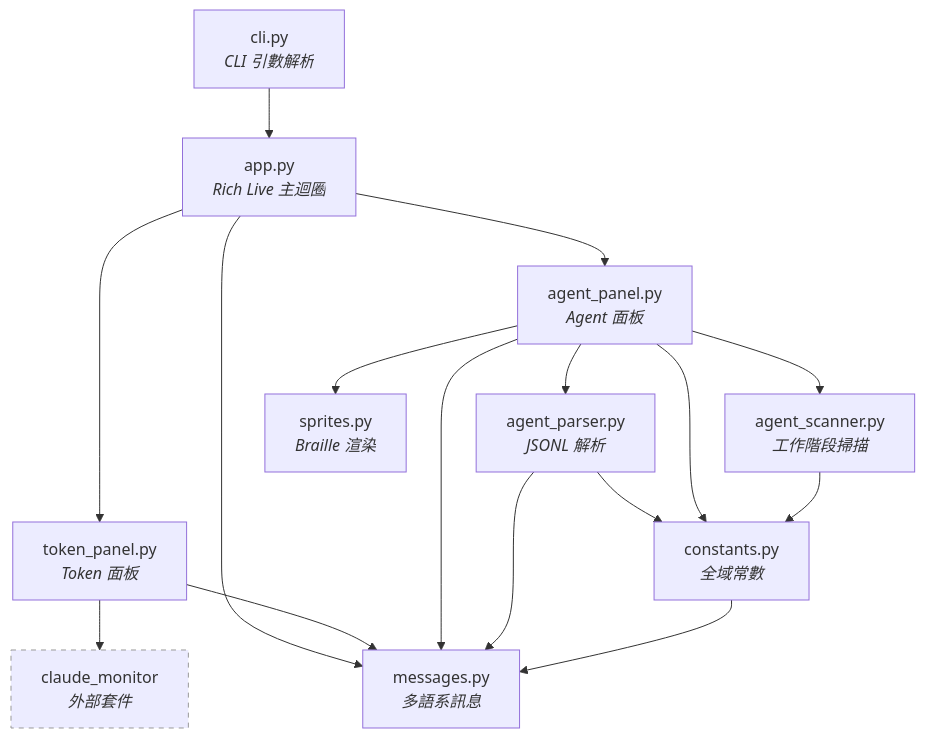
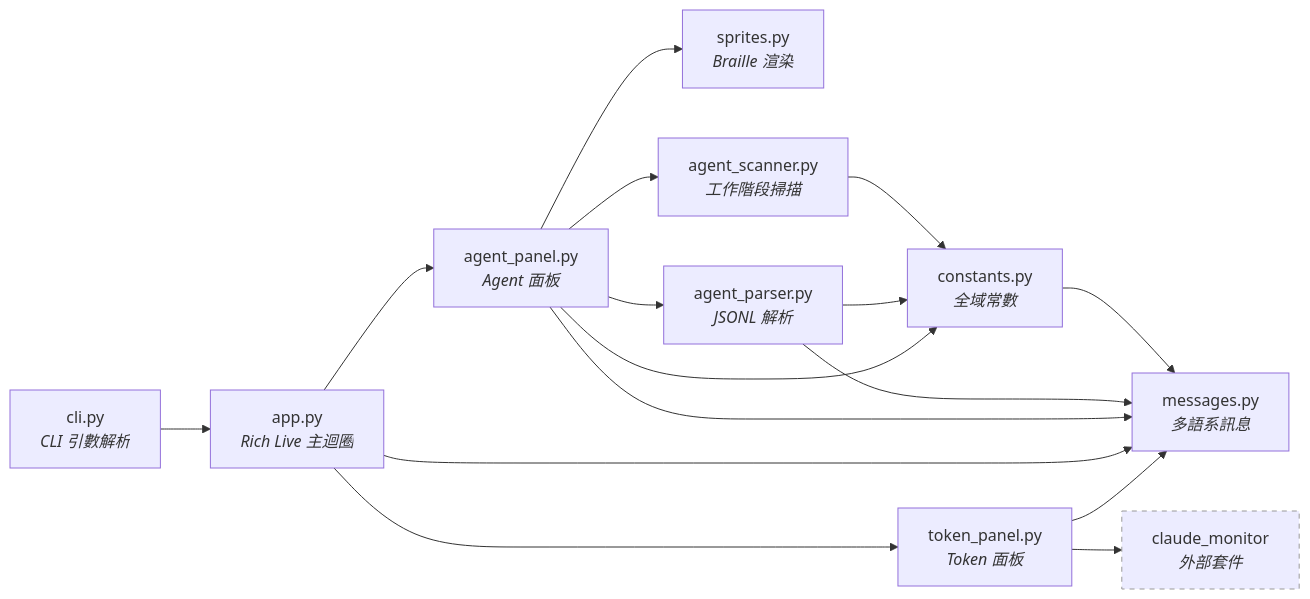
One commit to linziyou0601/claude-dashboard changed the first of 2 diagrams in README.md. Above: the diagram before and after it, drawn with Mermaid. The commit also changed other lines of this file and 5 other files, not shown here.

````diff
--- a/README.md
+++ b/README.md
@@ -54,20 +54,20 @@
 ```mermaid
-graph TD
+graph LR
     CLI["cli.py<br/><i>CLI 引數解析</i>"] --> APP["app.py<br/><i>Rich Live 主迴圈</i>"]
+    APP --> AP["agent_panel.py<br/><i>Agent 面板</i>"]
     APP --> TP["token_panel.py<br/><i>Token 面板</i>"]
-    APP --> AP["agent_panel.py<br/><i>Agent 面板</i>"]
+    AP --> SPRITE["sprites.py<br/><i>Braille 渲染</i>"]
+    AP --> SCAN["agent_scanner.py<br/><i>工作階段掃描</i>"]
+    AP --> PARSE["agent_parser.py<br/><i>JSONL 解析</i>"]
+    SCAN --> CONST["constants.py<br/><i>全域常數</i>"]
+    PARSE --> CONST
+    AP --> CONST
     TP --> CCM["claude_monitor<br/><i>外部套件</i>"]
-    AP --> PARSE["agent_parser.py<br/><i>JSONL 解析</i>"]
-    AP --> SCAN["agent_scanner.py<br/><i>工作階段掃描</i>"]
-    AP --> SPRITE["sprites.py<br/><i>Braille 渲染</i>"]
-    PARSE --> CONST["constants.py<br/><i>全域常數</i>"]
-    AP --> CONST
-    SCAN --> CONST
-    APP --> MSG["messages.py<br/><i>多語系訊息</i>"]
+    CONST --> MSG["messages.py<br/><i>多語系訊息</i>"]
+    PARSE --> MSG
+    AP --> MSG
+    APP --> MSG
     TP --> MSG
-    AP --> MSG
-    PARSE --> MSG
-    CONST --> MSG
 
     style CCM stroke:#999,stroke-dasharray: 5 5
 ```
````
